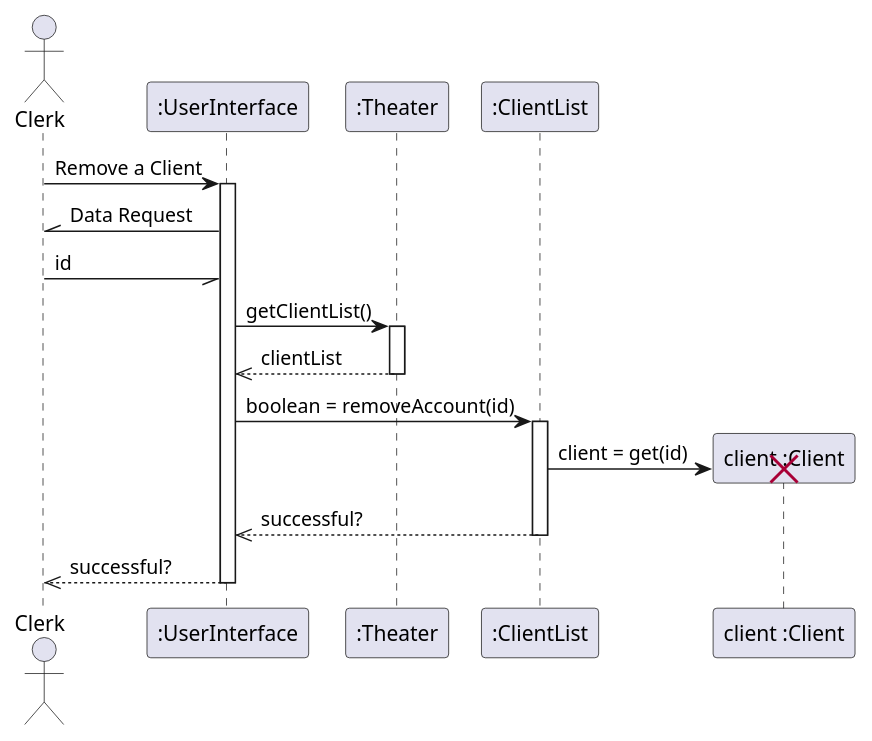
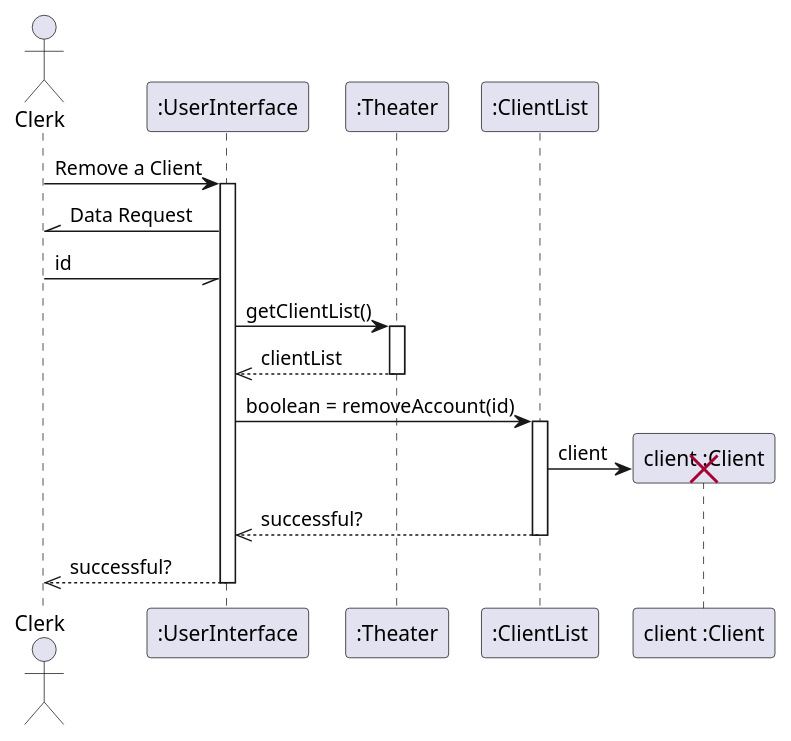
The diagram in src/SequenceDiagrams/RemoveClient.pu (FreezeWarp/372Groupwork), drawn with PlantUML before and after one commit. The commit also changed 9 other files, not shown here.

Commit message:
Some sequence diagram fixes

```diff
--- a/src/SequenceDiagrams/RemoveClient.pu
+++ b/src/SequenceDiagrams/RemoveClient.pu
@@ -1,23 +1,23 @@
 @startuml
 
 actor Clerk
 
 Clerk -> ":UserInterface" : Remove a Client
 activate ":UserInterface"
 Clerk //- ":UserInterface": Data Request
 Clerk -// ":UserInterface": id
 
 ":UserInterface" -> ":Theater" : getClientList()
 activate ":Theater"
 ":Theater" -->> ":UserInterface": clientList
 deactivate ":Theater"
 ":UserInterface" -> ":ClientList": boolean = removeAccount(id)
 activate ":ClientList"
 create "client :Client"
-":ClientList" -> "client :Client": client = get(id)
+":ClientList" -> "client :Client": client
 destroy "client :Client"
 ":ClientList" -->> ":UserInterface": successful?
 deactivate ":ClientList"
 ":UserInterface" -->> Clerk: successful?
 deactivate ":UserInterface"
 @enduml
```
